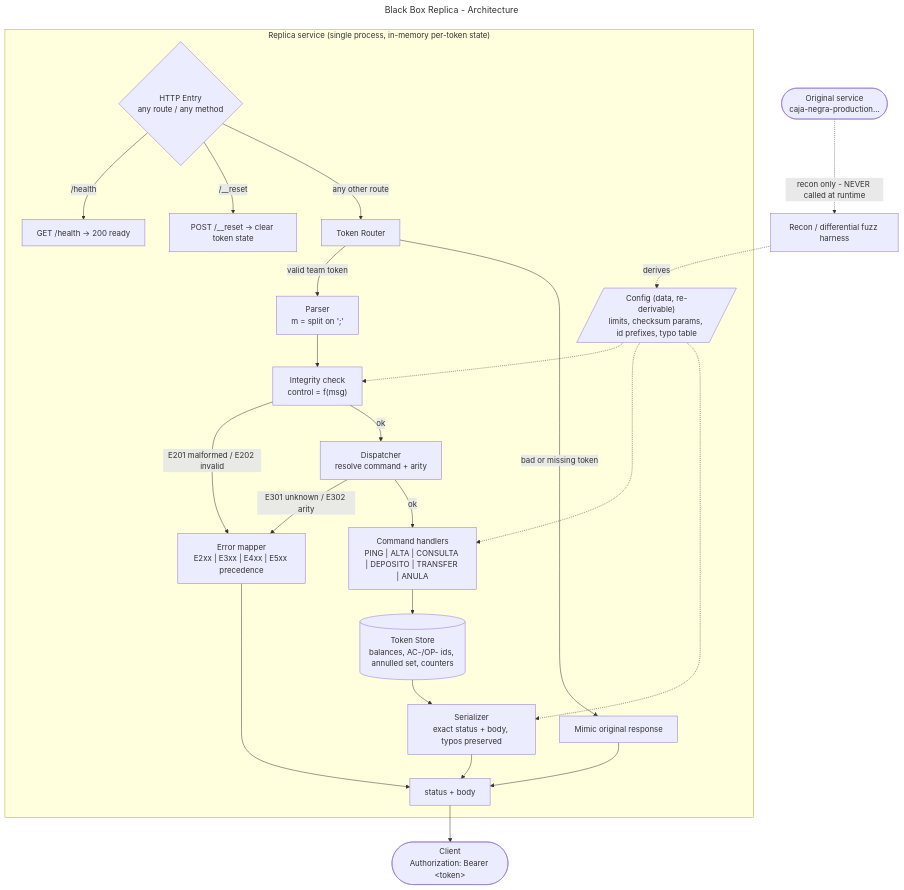
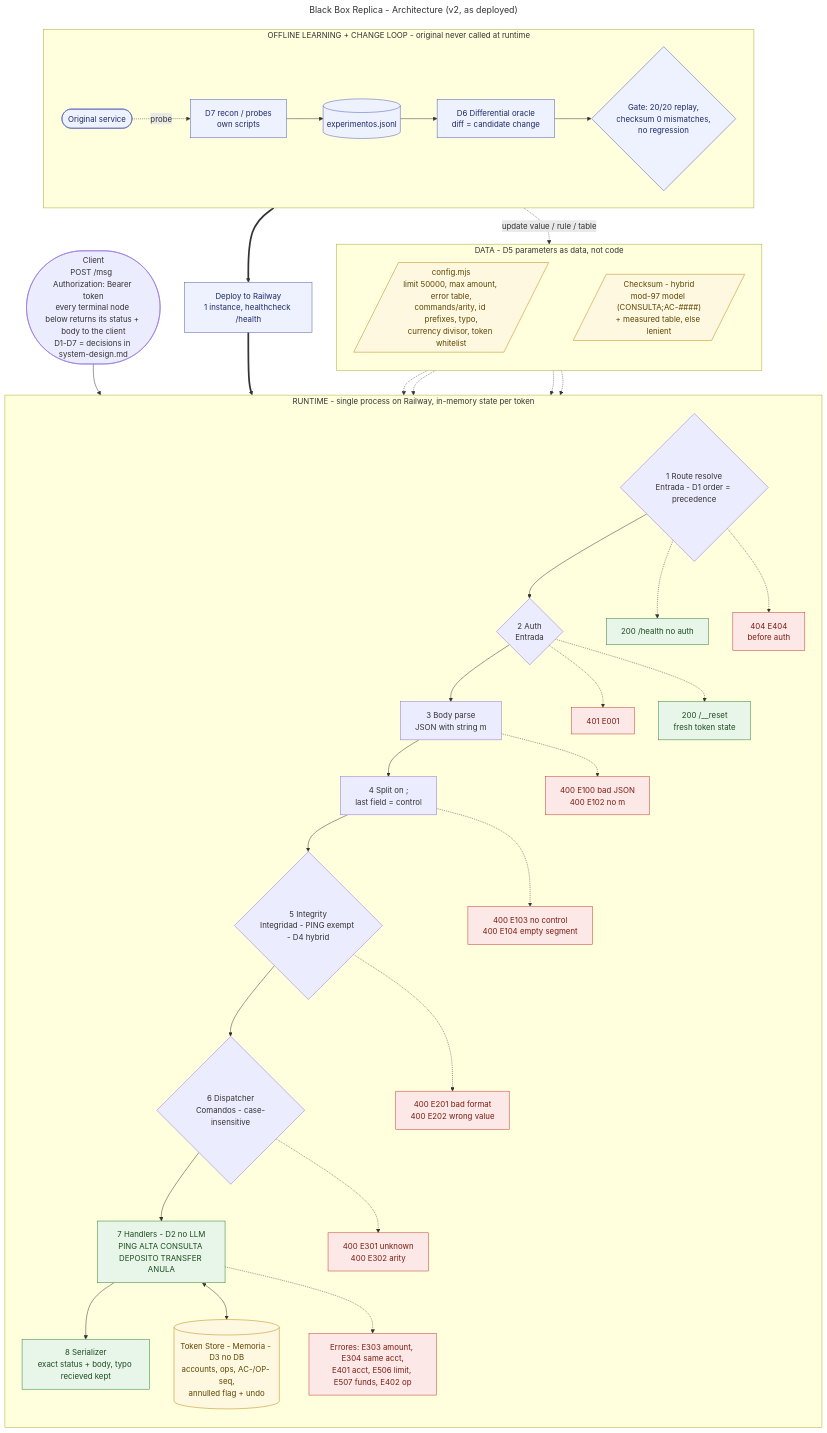
Before and after one commit to felipejimenez-ai/hackathon-20261010-frontier: the diagram in docs/design/architecture.mmd, drawn with Mermaid. The commit also changed 2 other files, not shown here.

Commit message:
docs(design): align architecture and system design with v2 implementation
Redraw pipeline in real evaluation order with error codes, data and change-loop lanes, and D1-D7 decision tags. Add assumptions, decision table with discarded alternatives, and metrics/test-case plan.

```diff
--- a/docs/design/architecture.mmd
+++ b/docs/design/architecture.mmd
@@ -1,50 +1,75 @@
 ---
-title: Black Box Replica - Architecture
+title: Black Box Replica - Architecture (v2, as deployed)
 ---
-flowchart TD
-    Client(["Client<br/>Authorization: Bearer &lt;token&gt;"])
+flowchart TB
+    Client(["Client<br/>POST /msg  Authorization: Bearer token<br/>every terminal node below returns its status + body to the client<br/>D1-D7 = decisions in system-design.md"])
 
-    subgraph Replica["Replica service (single process, in-memory per-token state)"]
-        Entry{"HTTP Entry<br/>any route / any method"}
-        Health["GET /health -> 200 ready"]
-        Reset["POST /__reset -> clear token state"]
-        Router["Token Router"]
+    subgraph RT["RUNTIME - single process on Railway, in-memory state per token"]
+        direction TB
+        R1{"1 Route resolve<br/>Entrada - D1 order = precedence"}
+        R2{"2 Auth<br/>Entrada"}
+        R3["3 Body parse<br/>JSON with string m"]
+        R4["4 Split on ;<br/>last field = control"]
+        R5{"5 Integrity<br/>Integridad - PING exempt - D4 hybrid"}
+        R6{"6 Dispatcher<br/>Comandos - case-insensitive"}
+        H["7 Handlers - D2 no LLM<br/>PING ALTA CONSULTA DEPOSITO TRANSFER ANULA"]
+        Store[("Token Store - Memoria - D3 no DB<br/>accounts, ops, AC-/OP- seq,<br/>annulled flag + undo")]
+        Ser["8 Serializer<br/>exact status + body, typo recieved kept"]
 
-        Parser["Parser<br/>m = split on ';'"]
-        Integrity["Integrity check<br/>control = f(msg)"]
-        Dispatcher["Dispatcher<br/>resolve command + arity"]
-        Handlers["Command handlers<br/>PING | ALTA | CONSULTA | DEPOSITO | TRANSFER | ANULA"]
-        Store[("Token Store<br/>balances, AC-/OP- ids, annulled set, counters")]
-        Serializer["Serializer<br/>exact status + body, typos preserved"]
-        Err["Error mapper<br/>E2xx | E3xx | E4xx | E5xx precedence"]
-        Config[/"Config (data, re-derivable)<br/>limits, checksum params, id prefixes, typo table"/]
+        Health["200 /health no auth"]
+        NF["404 E404<br/>before auth"]
+        E001["401 E001"]
+        Reset["200 /__reset<br/>fresh token state"]
+        EB["400 E100 bad JSON<br/>400 E102 no m"]
+        ES["400 E103 no control<br/>400 E104 empty segment"]
+        EI["400 E201 bad format<br/>400 E202 wrong value"]
+        ED["400 E301 unknown<br/>400 E302 arity"]
+        EH["Errores: E303 amount, E304 same acct,<br/>E401 acct, E506 limit, E507 funds, E402 op"]
 
-        Entry -->|"/health"| Health
-        Entry -->|"/__reset"| Reset
-        Entry -->|"any other route"| Router
+        R1 --> R2 --> R3 --> R4 --> R5 --> R6 --> H --> Ser
+        H <--> Store
 
-        Router -->|"valid team token"| Parser
-        Router -->|"bad or missing token"| Mimic["Mimic original response"]
-
-        Parser --> Integrity
-        Integrity -->|"E201 malformed / E202 invalid"| Err
-        Integrity -->|"ok"| Dispatcher
-
-        Dispatcher -->|"E301 unknown / E302 arity"| Err
-        Dispatcher -->|"ok"| Handlers
-
-        Handlers --> Store
-        Store --> Serializer
-        Serializer --> Resp["status + body"]
-        Err --> Resp
-        Mimic --> Resp
-
-        Config -.-> Integrity
-        Config -.-> Handlers
-        Config -.-> Serializer
+        R1 -.-> Health
+        R1 -.-> NF
+        R2 -.-> E001
+        R2 -.-> Reset
+        R3 -.-> EB
+        R4 -.-> ES
+        R5 -.-> EI
+        R6 -.-> ED
+        H -.-> EH
     end
 
-    Resp --> Client
+    subgraph DATA["DATA - D5 parameters as data, not code"]
+        direction TB
+        Cfg[/"config.mjs<br/>limit 50000, max amount, error table,<br/>commands/arity, id prefixes, typo,<br/>currency divisor, token whitelist"/]
+        Chk[/"Checksum - hybrid<br/>mod-97 model (CONSULTA;AC-####)<br/>+ measured table, else lenient"/]
+    end
 
-    Original(["Original service<br/>caja-negra-production..."]) -.->|"recon only - NEVER called at runtime"| Recon["Recon / differential fuzz harness"]
-    Recon -.->|"derives"| Config
+    subgraph LOOP["OFFLINE LEARNING + CHANGE LOOP - original never called at runtime"]
+        direction LR
+        Orig(["Original service"])
+        Recon["D7 recon / probes<br/>own scripts"]
+        Log[("experimentos.jsonl")]
+        Diff["D6 Differential oracle<br/>diff = candidate change"]
+        Gate{"Gate: 20/20 replay,<br/>checksum 0 mismatches,<br/>no regression"}
+        Orig -.->|"probe"| Recon --> Log --> Diff --> Gate
+    end
+
+    Client --> R1
+    Cfg -.-> R5
+    Cfg -.-> H
+    Cfg -.-> Ser
+    Chk -.-> R5
+    Gate -.->|"update value / rule / table"| Cfg
+    Gate ==> Deploy["Deploy to Railway<br/>1 instance, healthcheck /health"]
+    Deploy ==> R1
+
+    classDef err fill:#fde8e8,stroke:#c0392b,color:#7b1d12
+    classDef ok fill:#e8f5e9,stroke:#2e7d32,color:#1b4d1f
+    classDef data fill:#fff8e1,stroke:#b8860b,color:#5d4600
+    classDef off fill:#eef2ff,stroke:#4a5bb0,color:#1f2a66
+    class E001,EB,ES,EI,ED,EH,NF err
+    class Health,Reset,Ser,H ok
+    class Cfg,Chk,Store data
+    class Orig,Recon,Log,Diff,Gate,Deploy off
```
